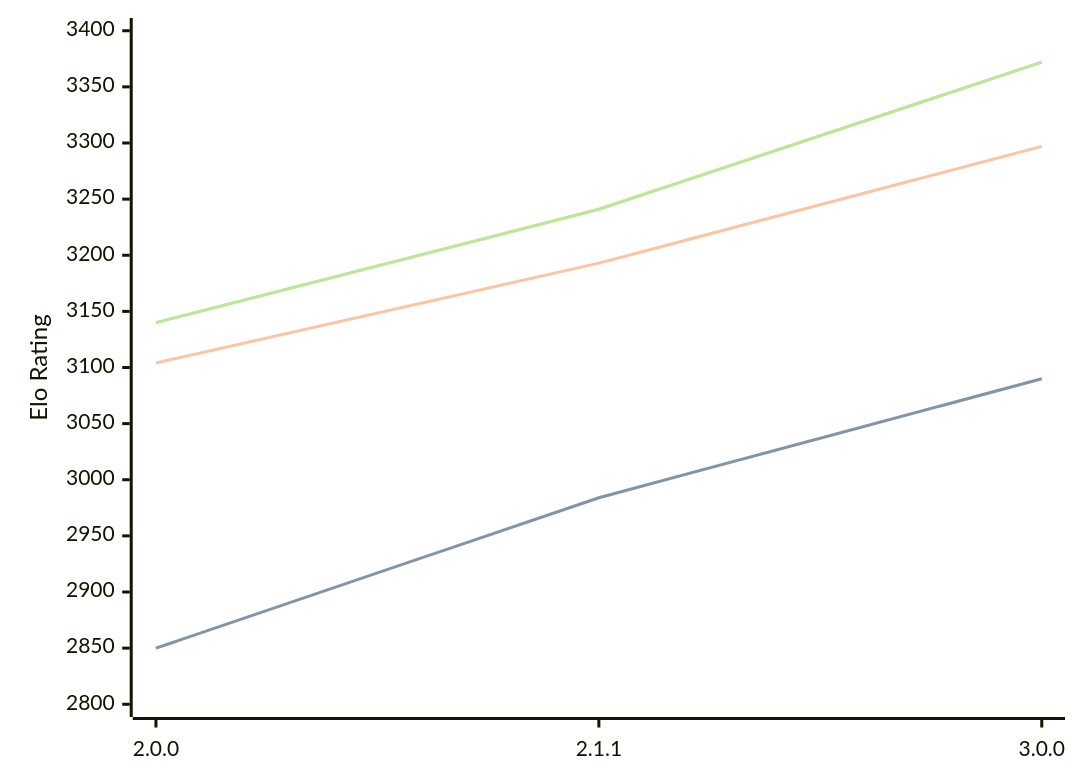
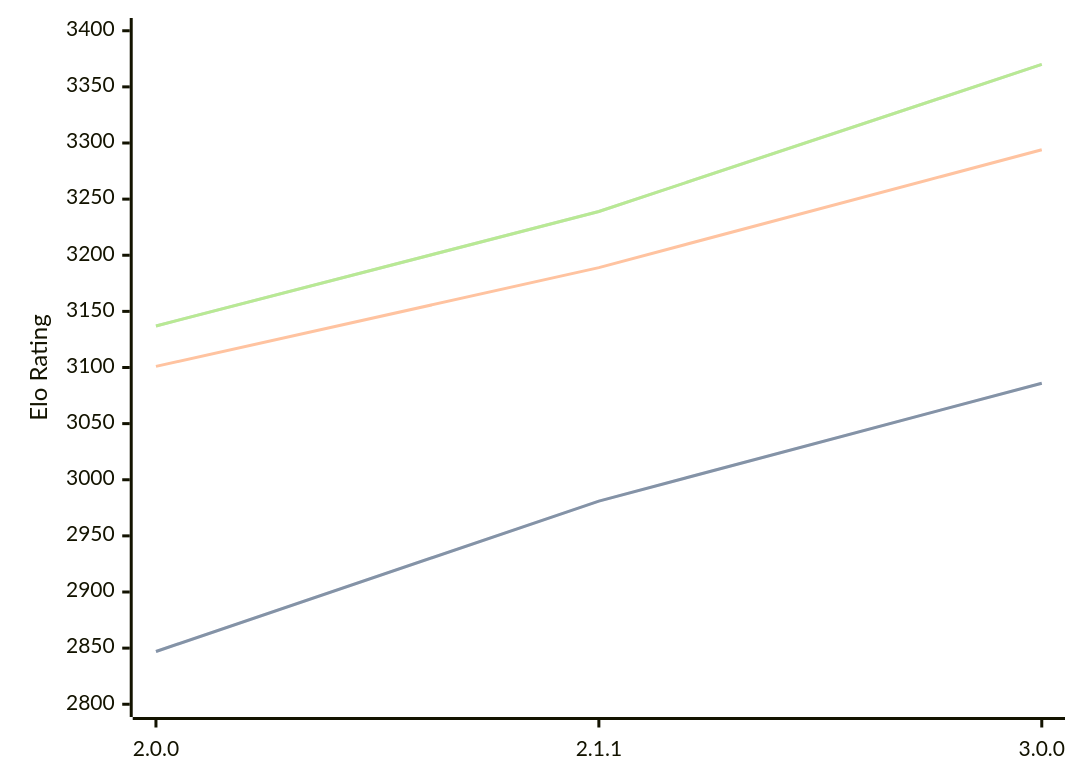
Before and after one commit to computer-chess-index/cci: the diagram in engines/Bread.md, drawn with Mermaid. The commit also changed other lines of this file, not shown here.

Commit message:
Update CCI Ratings (ELO VLTC) - 2026-06-08

````diff
--- a/engines/Bread.md
+++ b/engines/Bread.md
@@ -52,11 +52,11 @@
 ```mermaid
 %%{init: {"theme":"base","themeVariables":{"seriesColors:['#a3a3a3','#222221','#faa371']}}}%%
 xychart-beta
   x-axis ["2.0.0", "2.1.1", "3.0.0"]
   y-axis "Elo Rating" 2800 --> 3400
-  line "STC (8.0+0.08s)" [2850, 2984, 3090]
-  line "STC (8.0+0.08s)" [2850, 2984, 3090]
-  line "LTC (60.0+0.60s)" [3104, 3193, 3297]
-  line "VLTC (2m24s+1.12s)" [3140, 3241, 3372]
-  line "VLTC (2m24s+1.12s)" [3140, 3241, 3372]
+  line "STC (8.0+0.08s)" [2847, 2981, 3086]
+  line "STC (8.0+0.08s)" [2847, 2981, 3086]
+  line "LTC (60.0+0.60s)" [3101, 3189, 3294]
+  line "VLTC (2m24s+1.12s)" [3137, 3239, 3370]
+  line "VLTC (2m24s+1.12s)" [3137, 3239, 3370]
 ```
````
